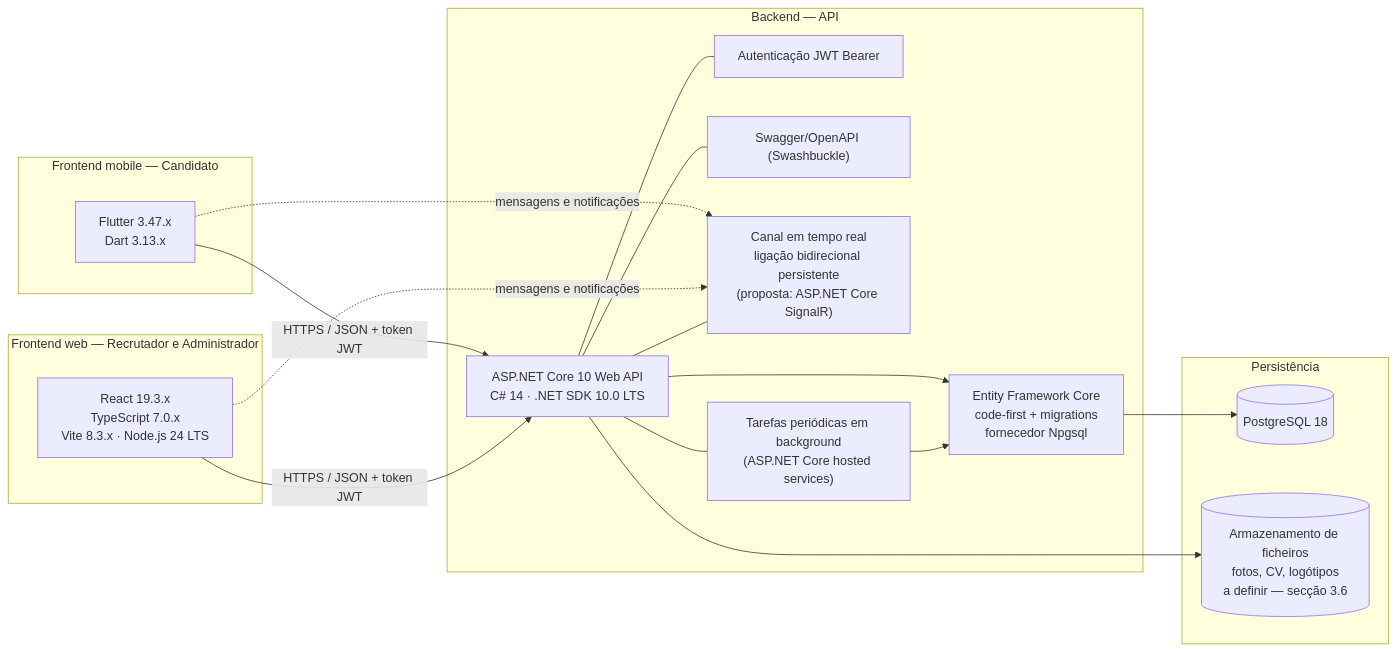
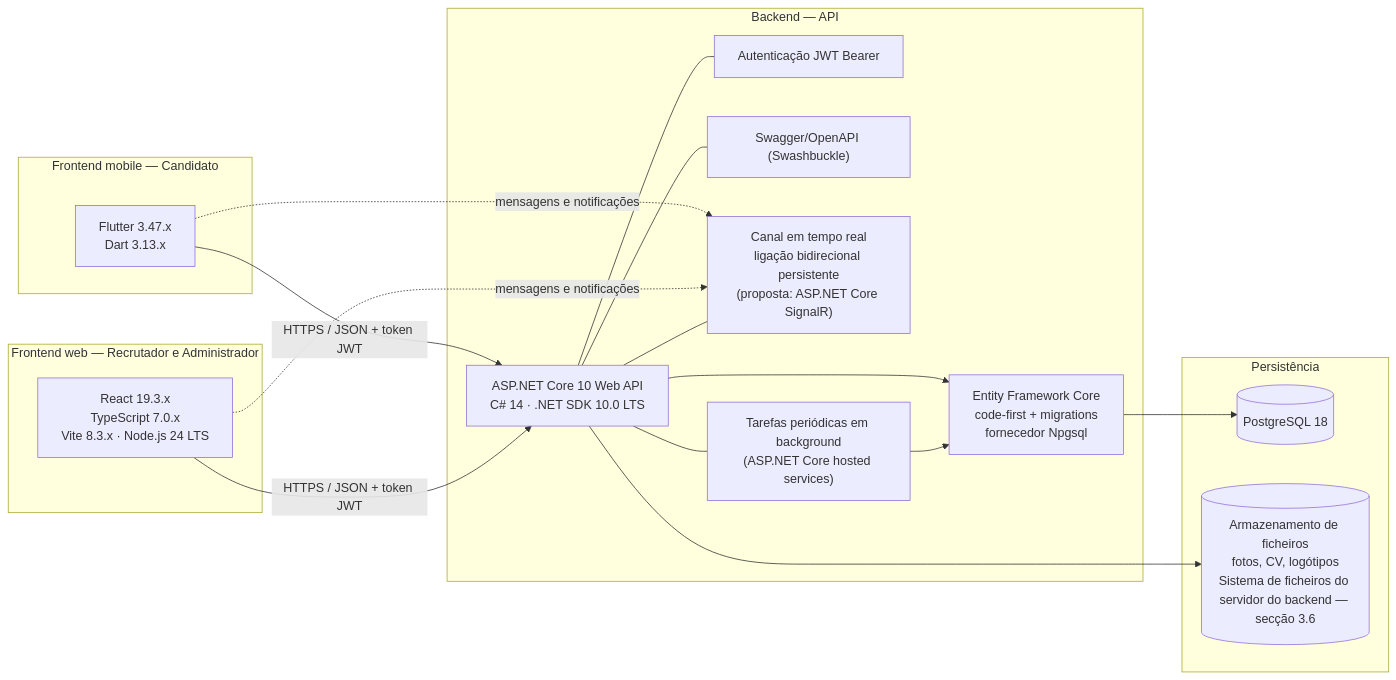
One commit to katch-lds/katch-docs changed the diagram in 04-artefactos-tecnicos/04.05-arquitetura/m2-documentacao-arquitetura-v01.md. Above: the diagram before and after it, drawn with Mermaid. The commit also changed other lines of this file, not shown here.

First line of the commit message:
[I034] fix(arquitetura): definir armazenamento local de ficheiros

````diff
--- a/04-artefactos-tecnicos/04.05-arquitetura/m2-documentacao-arquitetura-v01.md
+++ b/04-artefactos-tecnicos/04.05-arquitetura/m2-documentacao-arquitetura-v01.md
@@ -57,32 +57,32 @@
 ```mermaid
 flowchart LR
     subgraph Mobile["Frontend mobile — Candidato"]
         M1["Flutter 3.47.x<br/>Dart 3.13.x"]
     end
     subgraph Web["Frontend web — Recrutador e Administrador"]
         W1["React 19.3.x<br/>TypeScript 7.0.x<br/>Vite 8.3.x · Node.js 24 LTS"]
     end
     subgraph Backend["Backend — API"]
         B1["ASP.NET Core 10 Web API<br/>C# 14 · .NET SDK 10.0 LTS"]
         B2["Autenticação JWT Bearer"]
         B3["Swagger/OpenAPI (Swashbuckle)"]
         B4["Entity Framework Core<br/>code-first + migrations<br/>fornecedor Npgsql"]
         B5["Canal em tempo real<br/>ligação bidirecional persistente<br/>(proposta: ASP.NET Core SignalR)"]
         B6["Tarefas periódicas em background<br/>(ASP.NET Core hosted services)"]
     end
     subgraph Dados["Persistência"]
         D1[("PostgreSQL 18")]
-        D2[("Armazenamento de ficheiros<br/>fotos, CV, logótipos<br/>a definir — secção 3.6")]
+        D2[("Armazenamento de ficheiros<br/>fotos, CV, logótipos<br/>Sistema de ficheiros do servidor do backend — secção 3.6")]
     end
     M1 -- "HTTPS / JSON + token JWT" --> B1
     W1 -- "HTTPS / JSON + token JWT" --> B1
     M1 -. "mensagens e notificações" .-> B5
     W1 -. "mensagens e notificações" .-> B5
     B1 --- B2
     B1 --- B3
     B1 --- B5
     B1 --- B6
     B1 --> B4 --> D1
     B1 --> D2
     B6 --> B4
 ```
````
